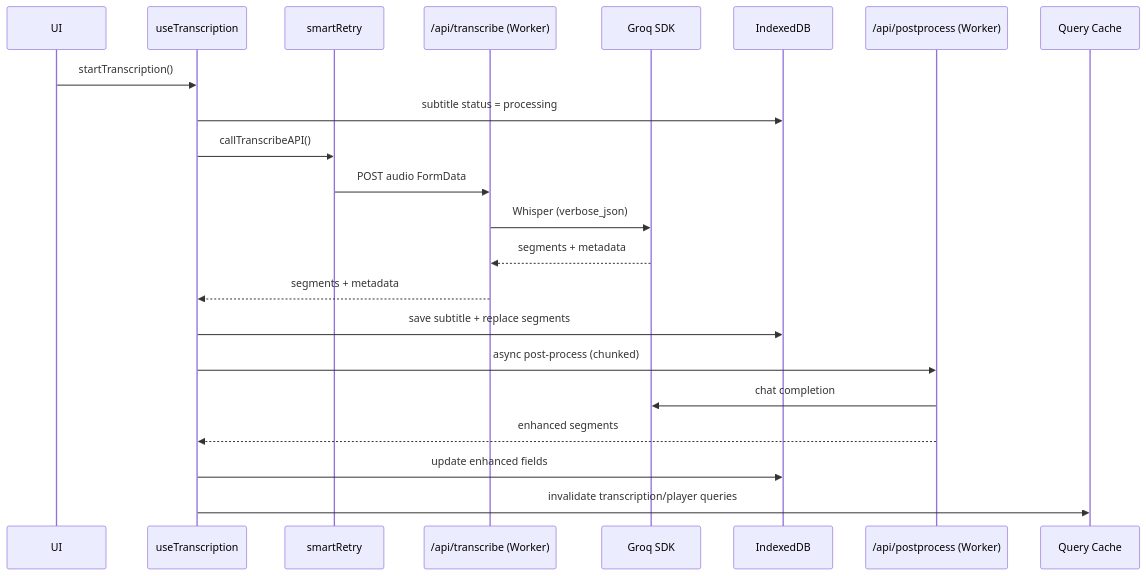
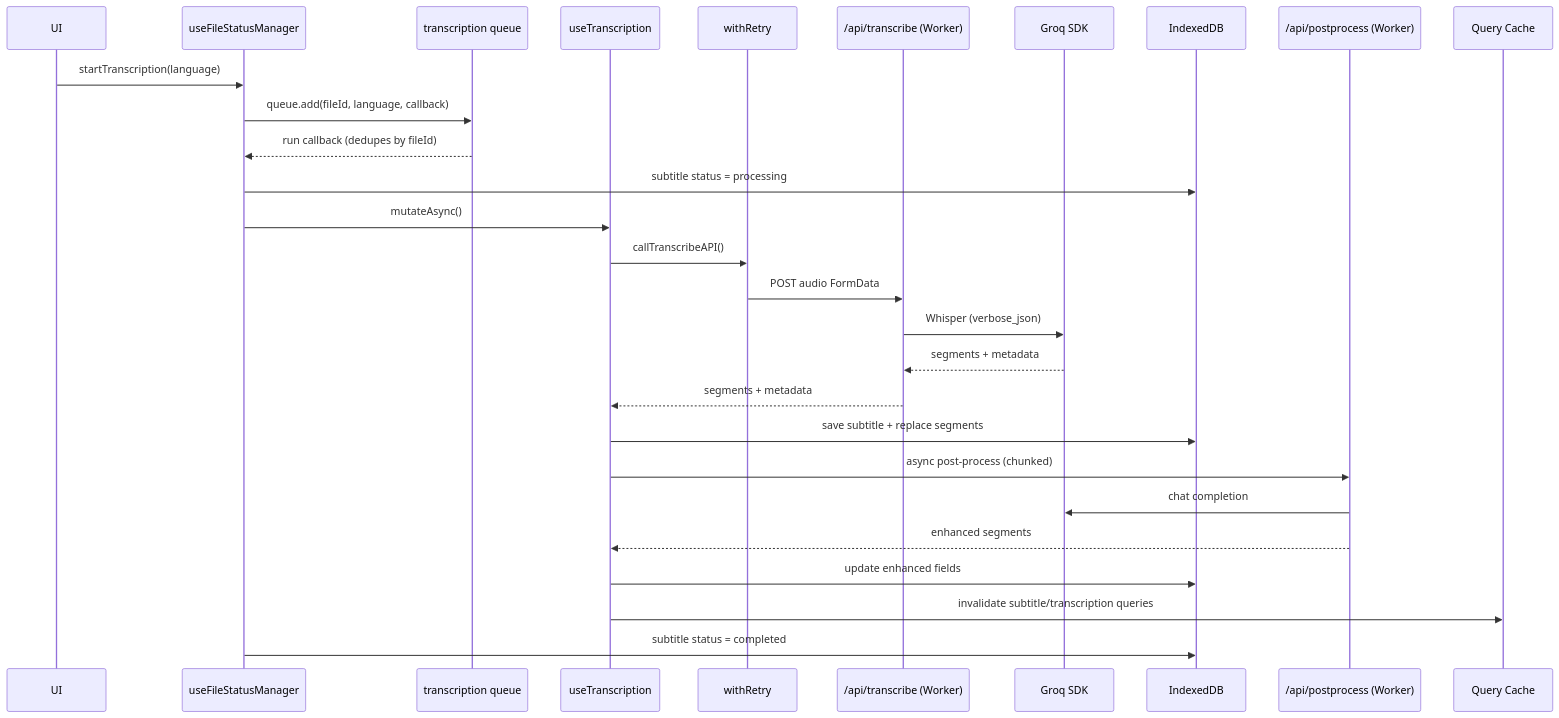
One commit to youming-ai/shadowing-learning changed the third of 3 diagrams in docs/ARCHITECTURE.md. Above: the diagram before and after it, drawn with Mermaid. The commit also changed other lines of this file and 9 other files, not shown here.

First line of the commit message:
chore: align architecture docs and remove stale config

````diff
--- a/docs/ARCHITECTURE.md
+++ b/docs/ARCHITECTURE.md
@@ -218,25 +223,31 @@
 ```mermaid
 sequenceDiagram
     participant UI
+    participant Status as useFileStatusManager
+    participant Queue as transcription queue
     participant Mut as useTranscription
-    participant Retry as smartRetry
+    participant Retry as withRetry
     participant API as /api/transcribe (Worker)
     participant Groq as Groq SDK
     participant DB as IndexedDB
     participant Post as /api/postprocess (Worker)
     participant Query as Query Cache
 
-    UI->>Mut: startTranscription()
-    Mut->>DB: subtitle status = processing
+    UI->>Status: startTranscription(language)
+    Status->>Queue: queue.add(fileId, language, callback)
+    Queue-->>Status: run callback (dedupes by fileId)
+    Status->>DB: subtitle status = processing
+    Status->>Mut: mutateAsync()
     Mut->>Retry: callTranscribeAPI()
     Retry->>API: POST audio FormData
     API->>Groq: Whisper (verbose_json)
     Groq-->>API: segments + metadata
     API-->>Mut: segments + metadata
     Mut->>DB: save subtitle + replace segments
     Mut->>Post: async post-process (chunked)
     Post->>Groq: chat completion
     Post-->>Mut: enhanced segments
     Mut->>DB: update enhanced fields
-    Mut->>Query: invalidate transcription/player queries
+    Mut->>Query: invalidate subtitle/transcription queries
+    Status->>DB: subtitle status = completed
 ```
````
